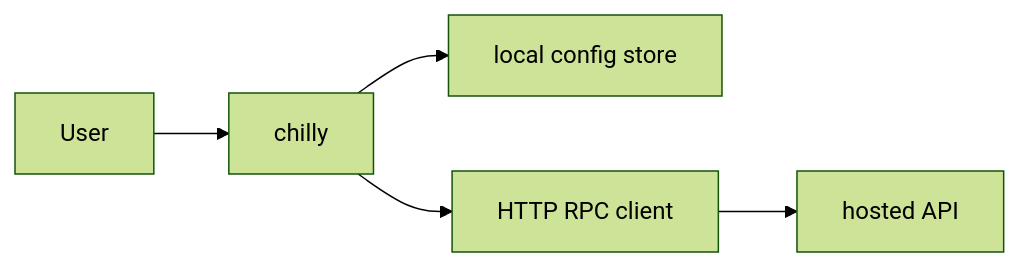
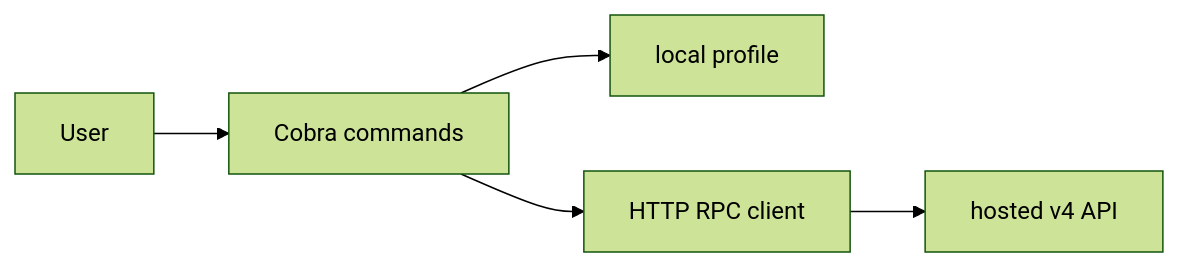
One commit to chill-institute/chill-cli changed the first of 3 diagrams in docs/ARCHITECTURE.md. Above: the diagram before and after it, drawn with Mermaid (forest theme). The commit also changed other lines of this file and 10 other files, not shown here.

````diff
--- a/docs/ARCHITECTURE.md
+++ b/docs/ARCHITECTURE.md
@@ -7,7 +6,7 @@
 ```mermaid
 graph LR
-  User --> CLI["chilly"]
-  CLI --> Config["local config store"]
-  CLI --> RPC["HTTP RPC client"]
-  RPC --> API["hosted API"]
+  User --> Cobra["Cobra commands"]
+  Cobra --> Config["local profile"]
+  Cobra --> RPC["HTTP RPC client"]
+  RPC --> API["hosted v4 API"]
 ```
````
